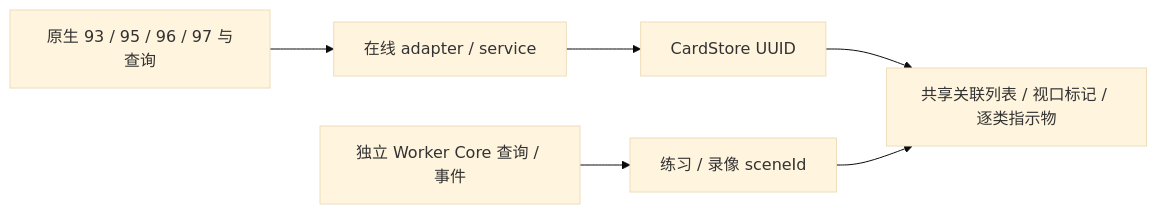
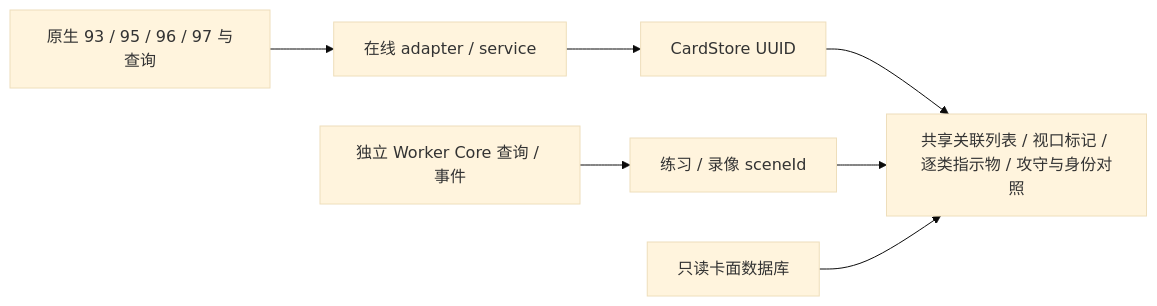
Before and after one commit to 301zrg/srvprotiantiweb: the second of 5 diagrams in docs/ARCHITECTURE.md, drawn with Mermaid (base theme). The commit also changed other lines of this file and 49 other files, not shown here.

````diff
--- a/docs/ARCHITECTURE.md
+++ b/docs/ARCHITECTURE.md
@@ -91,8 +91,9 @@
 ```mermaid
 flowchart LR
   Native["原生 93 / 95 / 96 / 97 与查询"] --> Adapter["在线 adapter / service"]
   Adapter --> Online["CardStore UUID"]
   Core["独立 Worker Core 查询 / 事件"] --> Scene["练习 / 录像 sceneId"]
-  Online --> Presentation["共享关联列表 / 视口标记 / 逐类指示物"]
+  Online --> Presentation["共享关联列表 / 视口标记 / 逐类指示物 / 攻守与身份对照"]
   Scene --> Presentation
+  Printed["只读卡面数据库"] --> Presentation
 ```
````
